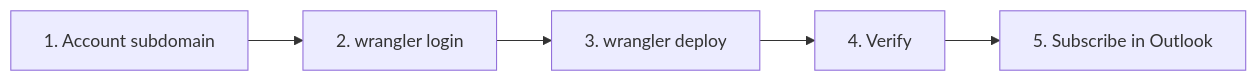
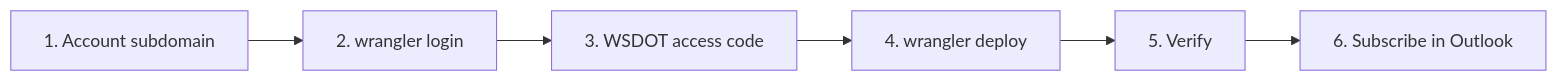
Before and after one commit to neilbrencode/transit-ics: the diagram in docs/runbook-cloudflare.md, drawn with Mermaid. The commit also changed other lines of this file and 17 other files, not shown here.

````diff
--- a/docs/runbook-cloudflare.md
+++ b/docs/runbook-cloudflare.md
@@ -7,4 +7,4 @@
 ```mermaid
 flowchart LR
-  A[1. Account subdomain] --> B[2. wrangler login] --> C[3. wrangler deploy] --> D[4. Verify] --> E[5. Subscribe in Outlook]
+  A[1. Account subdomain] --> B[2. wrangler login] --> S[3. WSDOT access code] --> C[4. wrangler deploy] --> D[5. Verify] --> E[6. Subscribe in Outlook]
 ```
````
